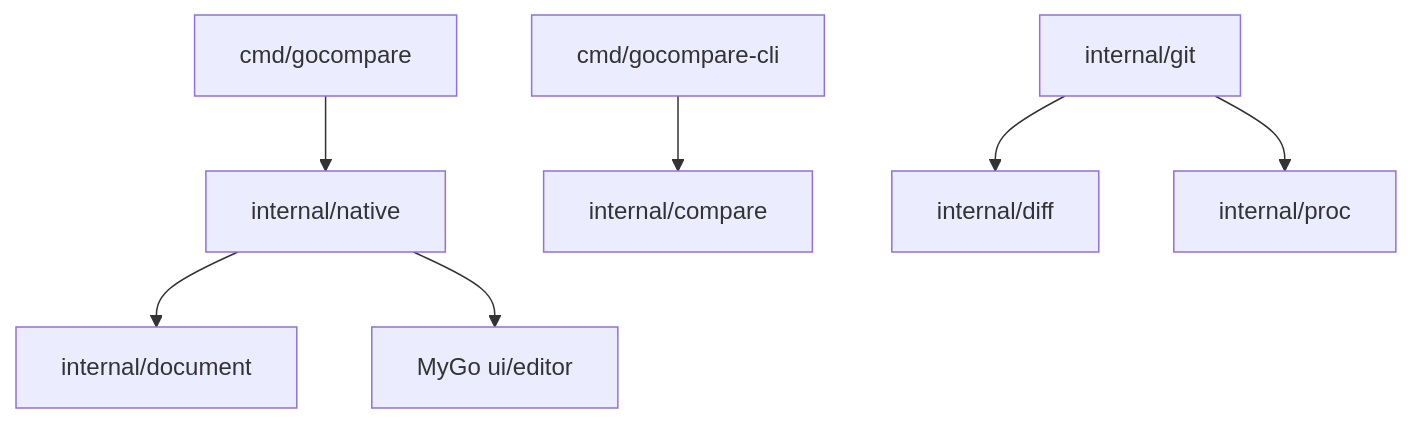
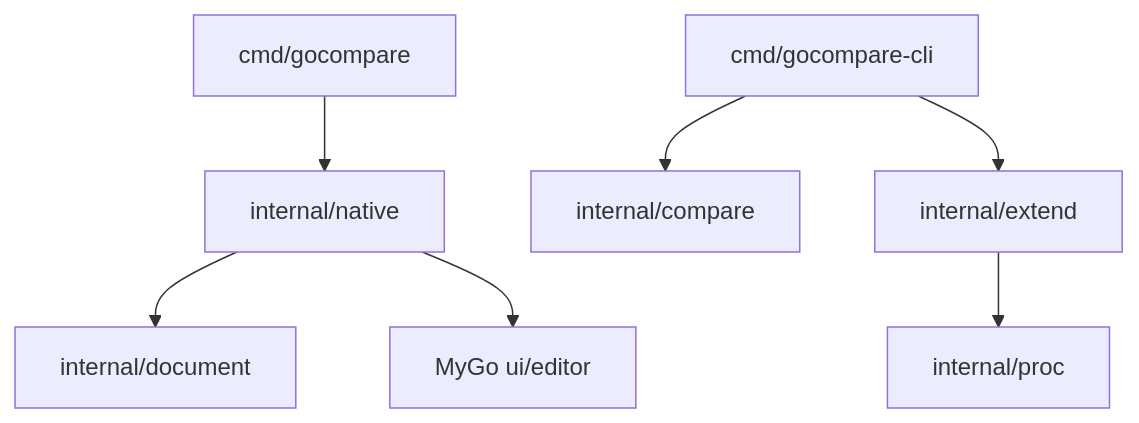
The diagram in docs/architecture.md (jhzhang09/gocompare), drawn with Mermaid before and after one commit. The commit also changed other lines of this file and 22 other files, not shown here.

````diff
--- a/docs/architecture.md
+++ b/docs/architecture.md
@@ -7,9 +7,9 @@
 ```mermaid
 flowchart TD
   GUI[cmd/gocompare] --> Native[internal/native]
   CLI[cmd/gocompare-cli] --> Compare[internal/compare]
   Native --> Doc[internal/document]
   Native --> Editor[MyGo ui/editor]
-  Git[internal/git] --> Patch[internal/diff]
-  Git --> Proc[internal/proc]
+  CLI --> Extend[internal/extend]
+  Extend --> Proc[internal/proc]
 ```
````
